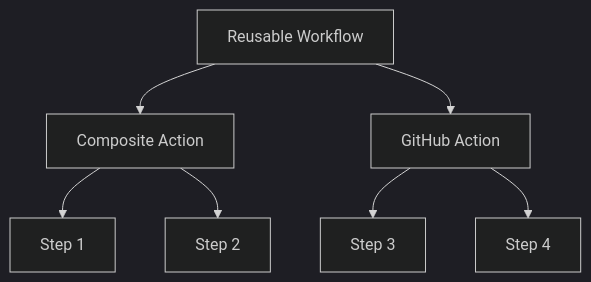
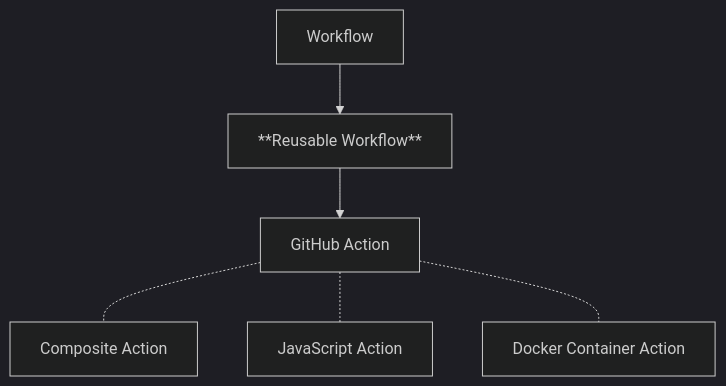
The diagram in README.md (devantler-tech/reusable-workflows), drawn with Mermaid (dark theme) before and after one commit. The commit also changed other lines of this file, not shown here.

Commit message:
fix: update diagram in README to clarify relationships between workflows and actions

````diff
--- a/README.md
+++ b/README.md
@@ -10,9 +10,8 @@
 ```mermaid
 graph TD
-  A[Reusable Workflow] --> B[Composite Action]
-  A --> C[GitHub Action]
-  B --> D[Step 1]
-  B --> E[Step 2]
-  C --> F[Step 3]
-  C --> G[Step 4]
+  A[Workflow] --> B[**Reusable Workflow**]
+  B --> C[GitHub Action]
+  C -.- D[Composite Action]
+  C -.- E[JavaScript Action]
+  C -.- F[Docker Container Action]
 ```
````
